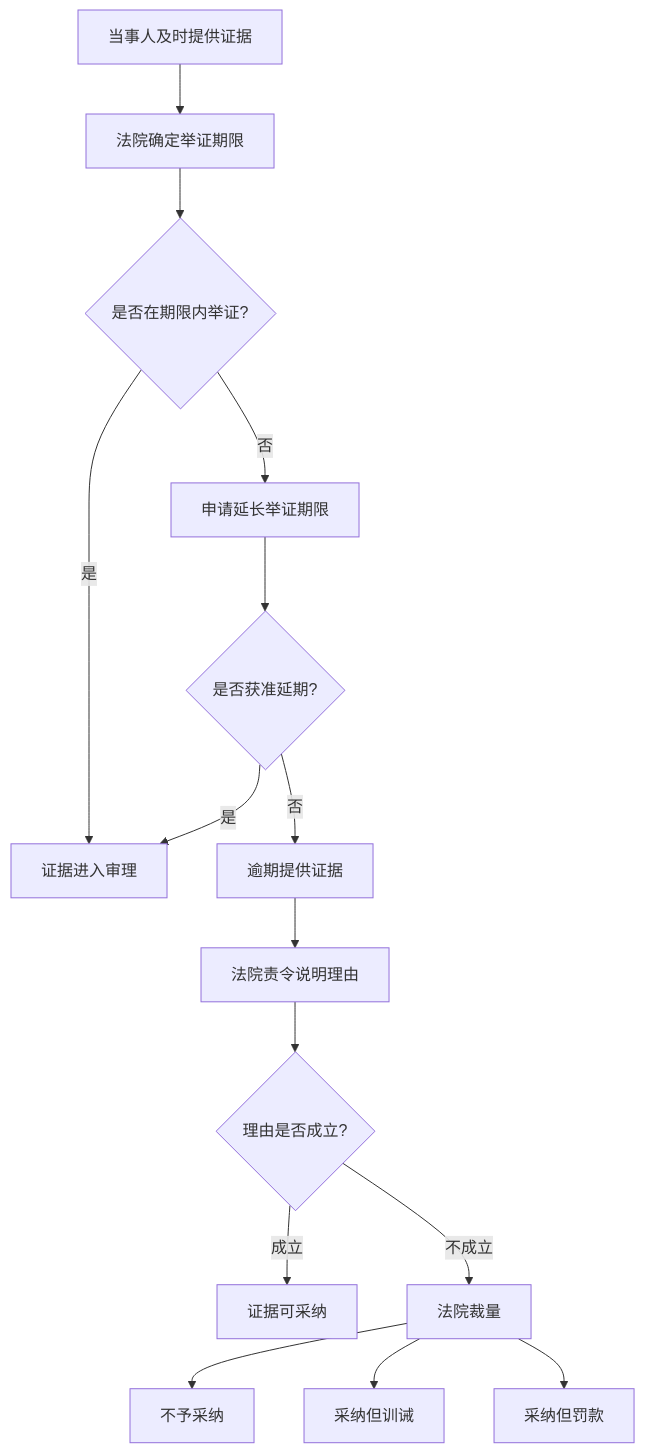
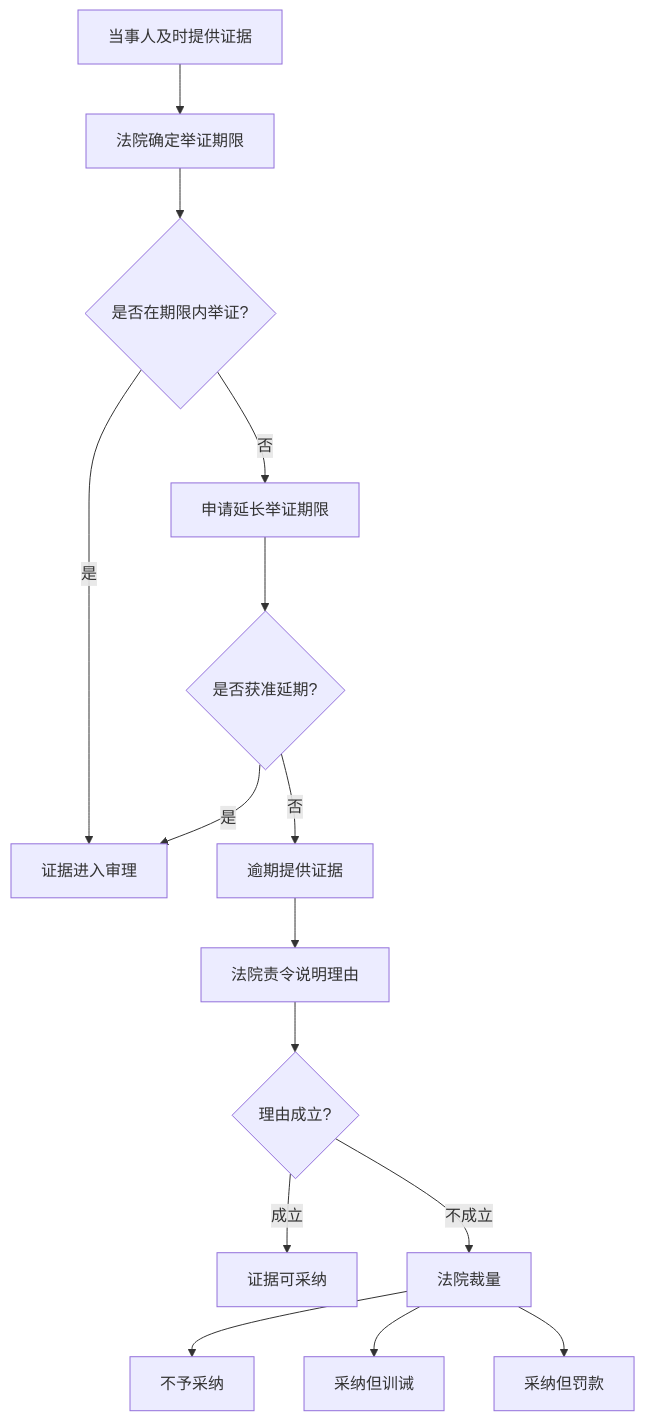
One commit to chilly-chilli/ChillyChilli changed the sixth of 11 diagrams in content/法学/民商法/民事诉讼法/X 第一审普通程序.md. Above: the diagram before and after it, drawn with Mermaid. The commit also changed other lines of this file and 10 other files, not shown here.

````diff
--- a/content/法学/民商法/民事诉讼法/X 第一审普通程序.md
+++ b/content/法学/民商法/民事诉讼法/X 第一审普通程序.md
@@ -430,30 +430,30 @@
 ```mermaid
 flowchart TD
 
 A[当事人及时提供证据]
 --> B[法院确定举证期限]
 
 B --> C{是否在期限内举证?}
 
 C -->|是| D[证据进入审理]
 
 C -->|否| E[申请延长举证期限]
 
 E --> F{是否获准延期?}
 
 F -->|是| D
 
 F -->|否| G[逾期提供证据]
 
 G --> H[法院责令说明理由]
 
-H --> I{理由是否成立?}
+H --> I{理由成立?}
 
 I -->|成立| J[证据可采纳]
 
 I -->|不成立| K[法院裁量]
 
 K --> L[不予采纳]
 K --> M[采纳但训诫]
 K --> N[采纳但罚款]
 ```
````
